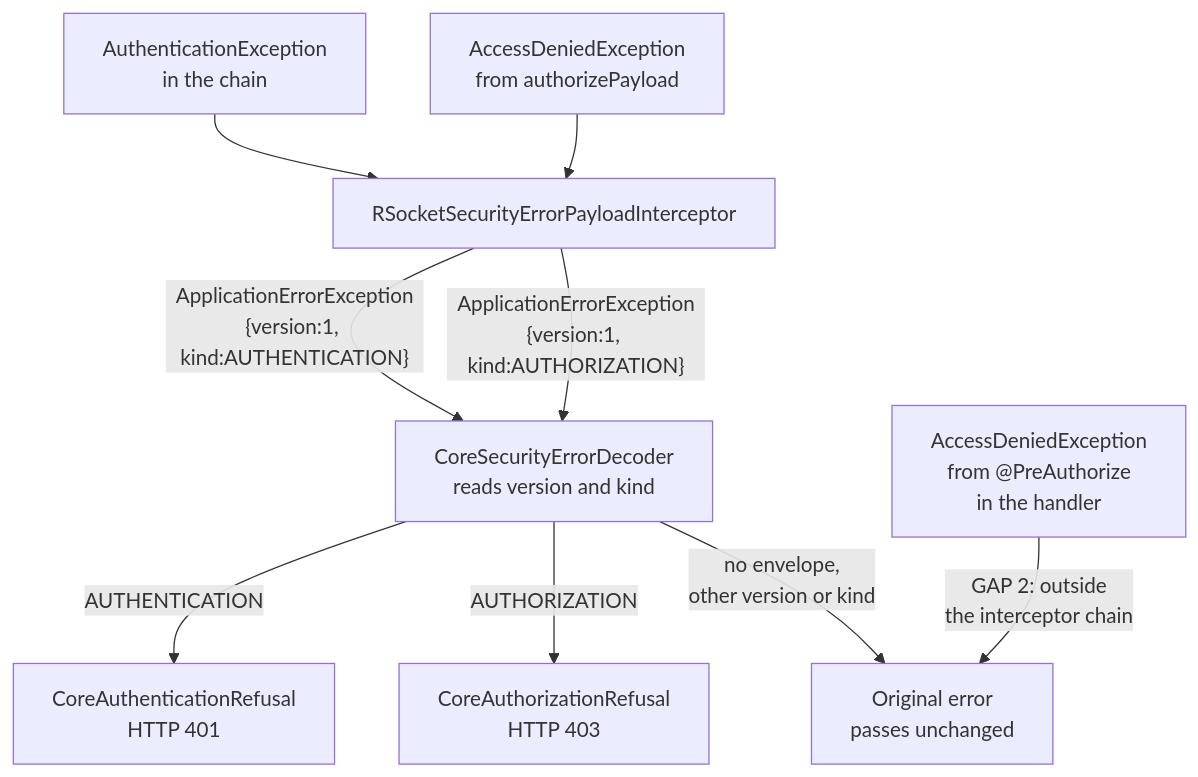
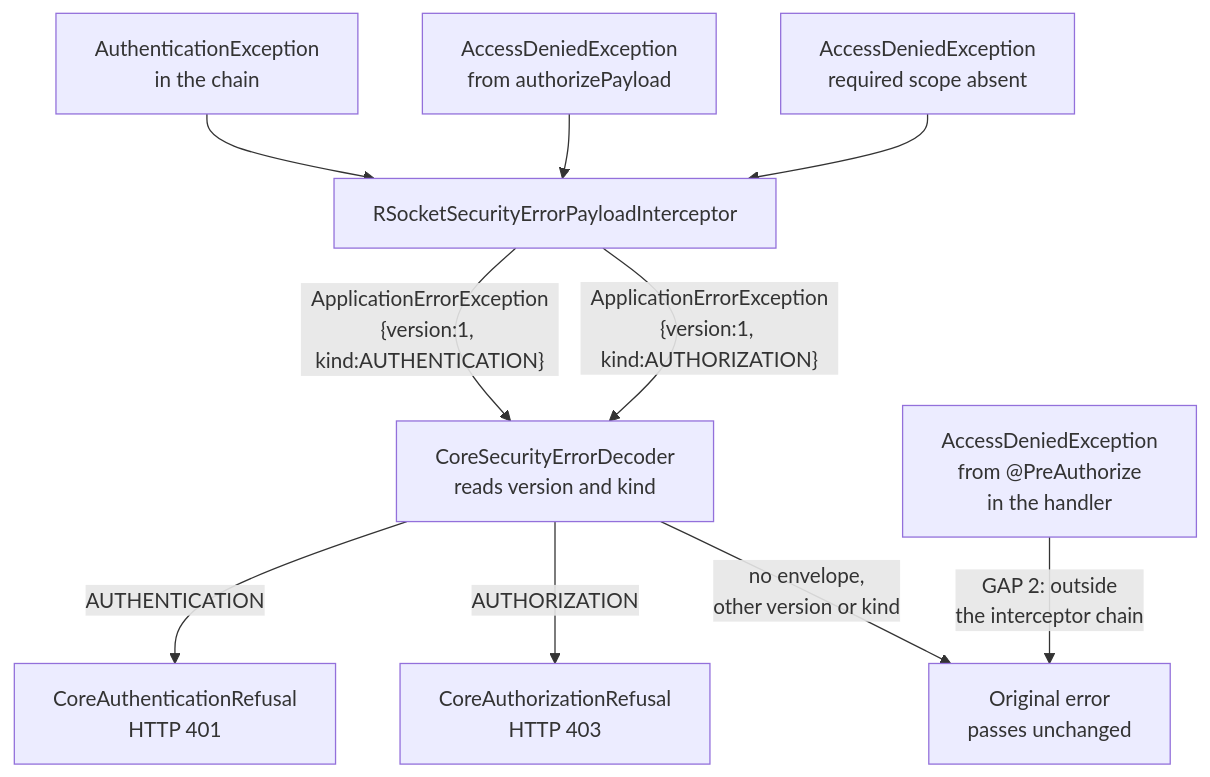
Before and after one commit to marios-code-path/demo-chat: the third of 6 diagrams in docs/REST-TOKEN-RELAY.md, drawn with Mermaid. The commit also changed other lines of this file and 8 other files, not shown here.

````diff
--- a/docs/REST-TOKEN-RELAY.md
+++ b/docs/REST-TOKEN-RELAY.md
@@ -108,14 +109,15 @@
 ```mermaid
 flowchart TD
     E1["AuthenticationException<br/>in the chain"] --> EI
     E2["AccessDeniedException<br/>from authorizePayload"] --> EI
+    E3["AccessDeniedException<br/>required scope absent"] --> EI
     EI["RSocketSecurityErrorPayloadInterceptor"]
     EI -->|"ApplicationErrorException<br/>{version:1, kind:AUTHENTICATION}"| D
     EI -->|"ApplicationErrorException<br/>{version:1, kind:AUTHORIZATION}"| D
     D["CoreSecurityErrorDecoder<br/>reads version and kind"]
     D -->|AUTHENTICATION| R401["CoreAuthenticationRefusal<br/>HTTP 401"]
     D -->|AUTHORIZATION| R403["CoreAuthorizationRefusal<br/>HTTP 403"]
     D -->|"no envelope,<br/>other version or kind"| RAW["Original error<br/>passes unchanged"]
 
     H["AccessDeniedException<br/>from @PreAuthorize<br/>in the handler"] -->|"GAP 2: outside<br/>the interceptor chain"| RAW
 ```
````
